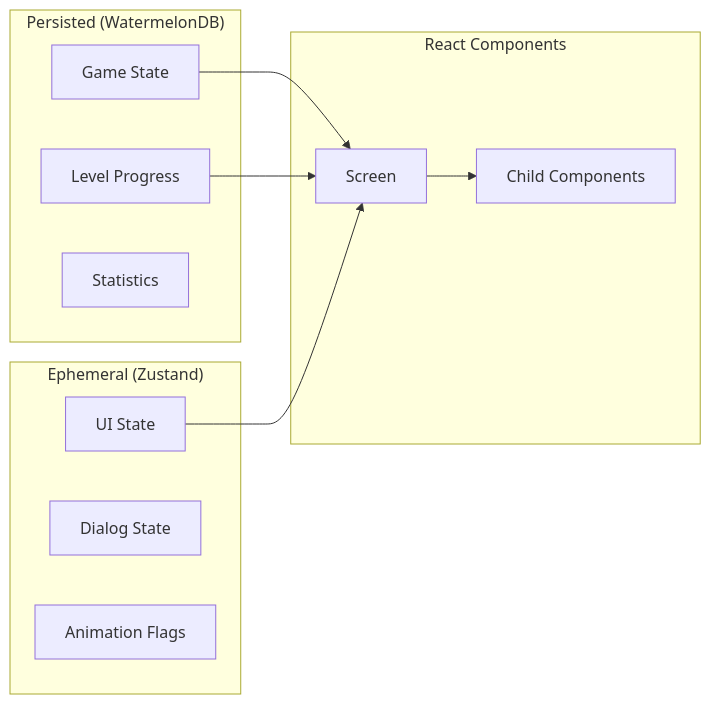
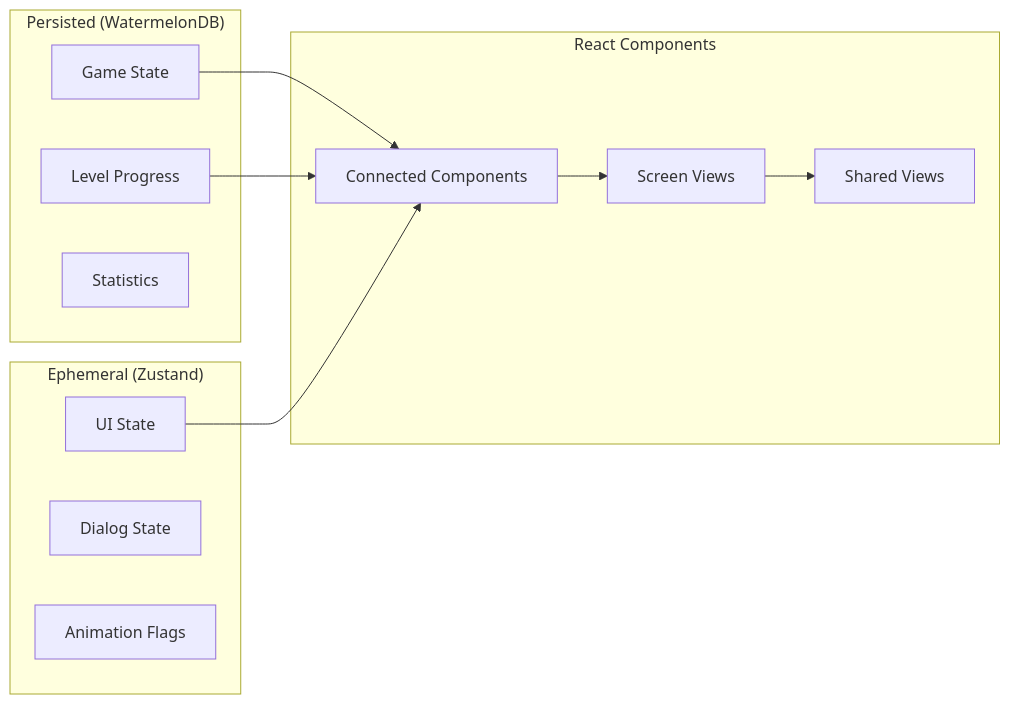
Before and after one commit to phetzel/rn-ps-public: the second of 2 diagrams in docs-site/docs/technical/index.md, drawn with Mermaid. The commit also changed other lines of this file and 3 other files, not shown here.

Commit message:
docs: update architecture and docs for connected layer

````diff
--- a/docs-site/docs/technical/index.md
+++ b/docs-site/docs/technical/index.md
@@ -112,24 +124,26 @@
 ```mermaid
 flowchart LR
     subgraph persist["Persisted (WatermelonDB)"]
         Game[Game State]
         Level[Level Progress]
         Stats[Statistics]
     end
 
     subgraph ephemeral["Ephemeral (Zustand)"]
         UI[UI State]
         Dialog[Dialog State]
         Animation[Animation Flags]
     end
 
     subgraph component["React Components"]
-        Screen[Screen]
-        Child[Child Components]
+        Connected[Connected Components]
+        Screen[Screen Views]
+        Child[Shared Views]
     end
 
-    Game --> Screen
-    Level --> Screen
-    UI --> Screen
+    Game --> Connected
+    Level --> Connected
+    UI --> Connected
+    Connected --> Screen
     Screen --> Child
 ```
````
